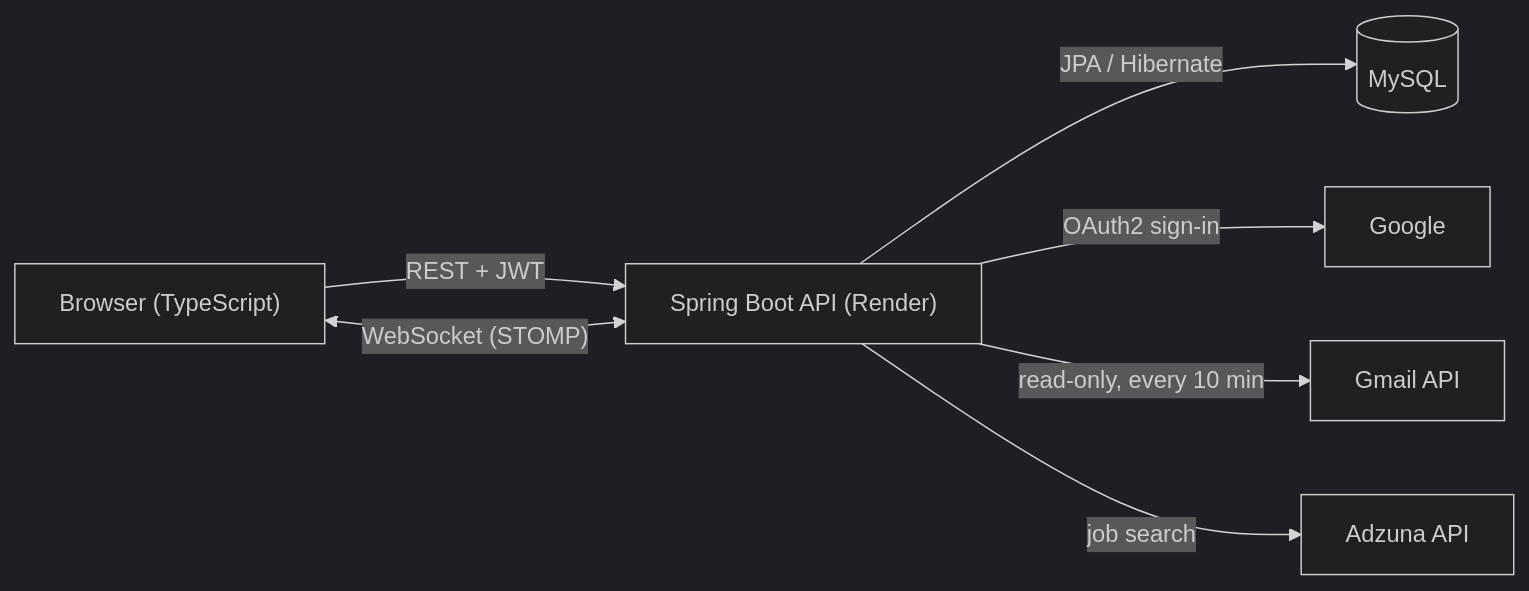
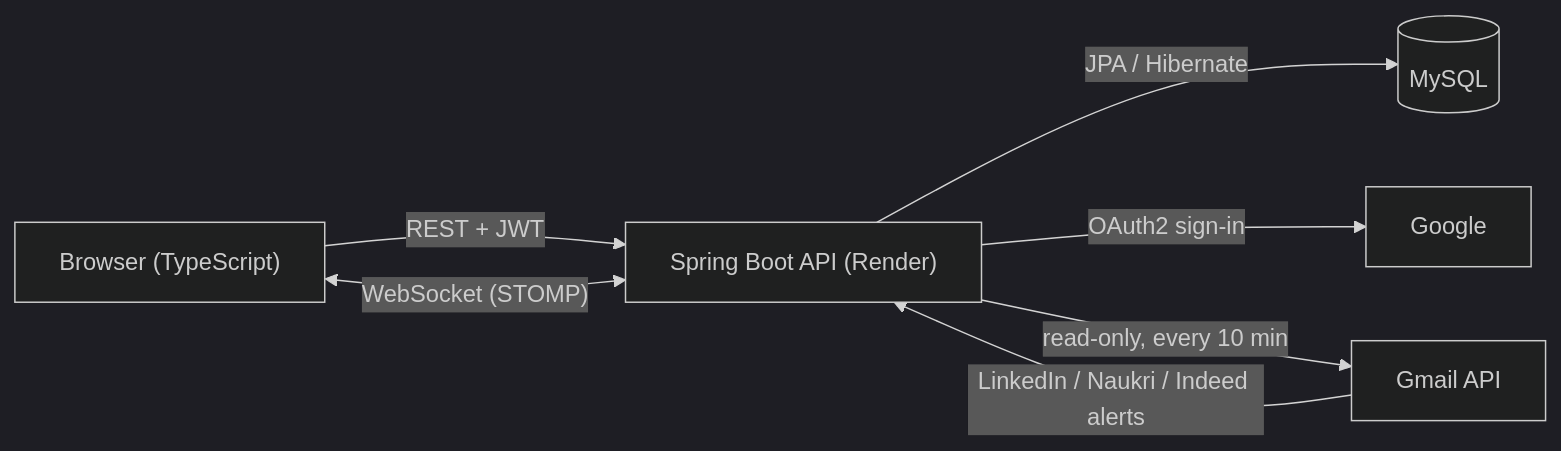
Before and after one commit to Vinod5134/job-tracker: the diagram in README.md, drawn with Mermaid (dark theme). The commit also changed other lines of this file and 17 other files, not shown here.

Commit message:
Find jobs from LinkedIn, Naukri and Indeed alerts

````diff
--- a/README.md
+++ b/README.md
@@ -39,9 +40,9 @@
 ```mermaid
 flowchart LR
     Browser["Browser (TypeScript)"] -- "REST + JWT" --> API["Spring Boot API (Render)"]
     Browser <-- "WebSocket (STOMP)" --> API
     API -- "JPA / Hibernate" --> DB[("MySQL")]
     API -- "OAuth2 sign-in" --> Google["Google"]
     API -- "read-only, every 10 min" --> Gmail["Gmail API"]
-    API -- "job search" --> Adzuna["Adzuna API"]
+    Gmail -- "LinkedIn / Naukri / Indeed alerts" --> API
 ```
````
